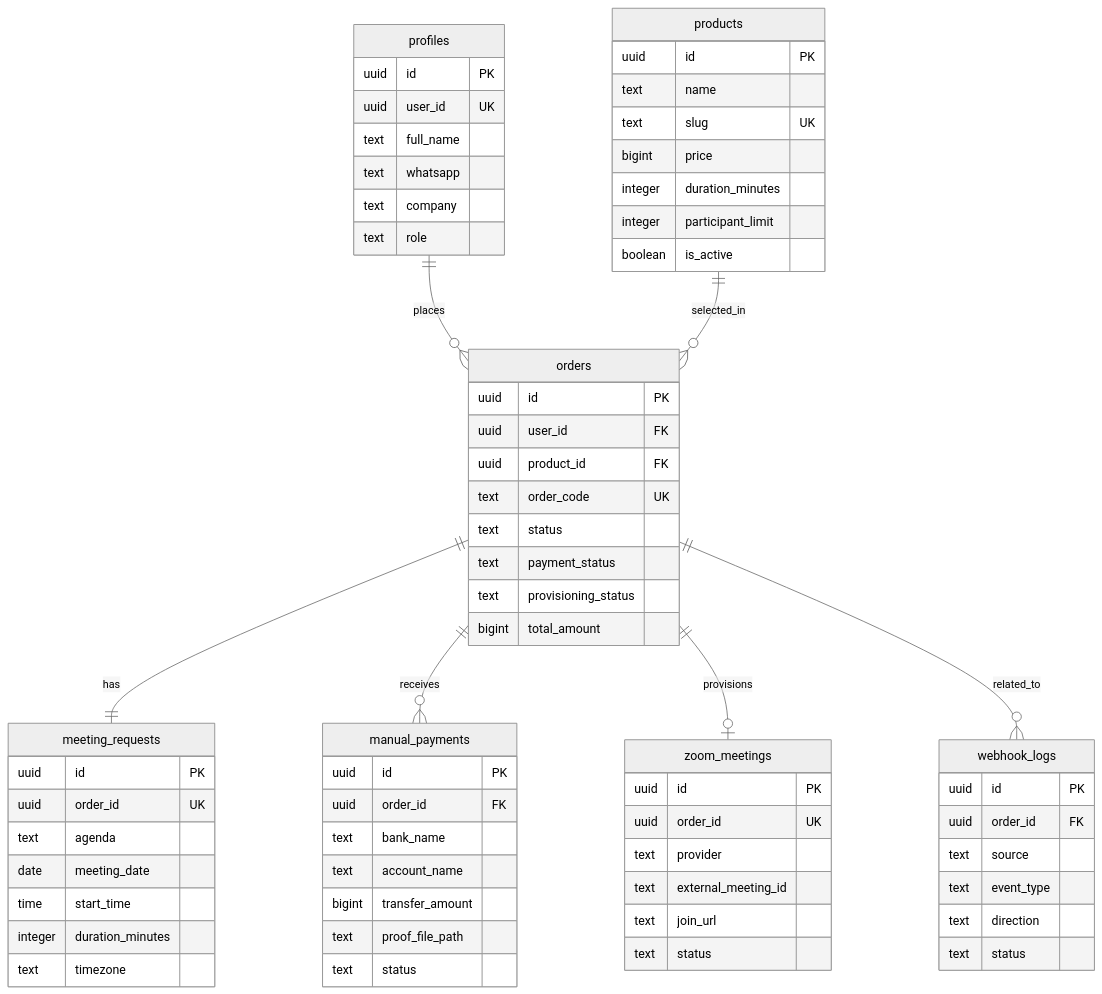
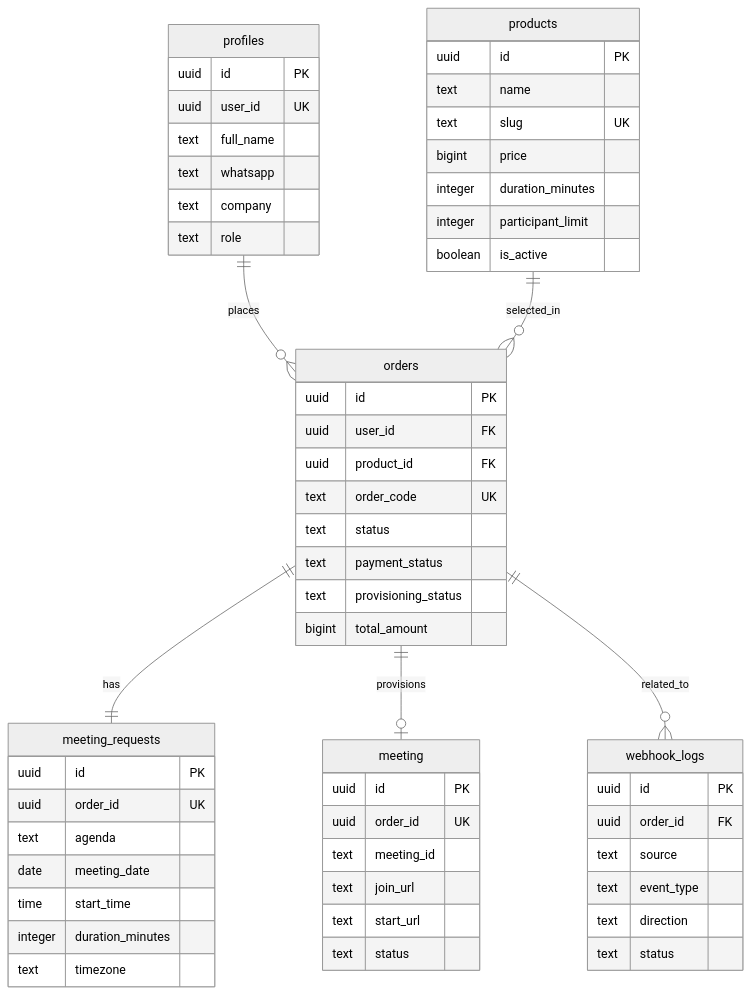
The diagram in docs/erd.md (synthomproj/harian-store), drawn with Mermaid (neutral theme) before and after one commit. The commit also changed other lines of this file and 11 other files, not shown here.

Commit message:
align docs and admin UI with paydia flow

````diff
--- a/docs/erd.md
+++ b/docs/erd.md
@@ -67,77 +60,66 @@
 ```mermaid
 erDiagram
   profiles ||--o{ orders : places
   products ||--o{ orders : selected_in
   orders ||--|| meeting_requests : has
-  orders ||--o{ manual_payments : receives
-  orders ||--o| zoom_meetings : provisions
+  orders ||--o| meeting : provisions
   orders ||--o{ webhook_logs : related_to
 
   profiles {
     uuid id PK
     uuid user_id UK
     text full_name
     text whatsapp
     text company
     text role
   }
 
   products {
     uuid id PK
     text name
     text slug UK
     bigint price
     integer duration_minutes
     integer participant_limit
     boolean is_active
   }
 
   orders {
     uuid id PK
     uuid user_id FK
     uuid product_id FK
     text order_code UK
     text status
     text payment_status
     text provisioning_status
     bigint total_amount
   }
 
   meeting_requests {
     uuid id PK
     uuid order_id UK
     text agenda
     date meeting_date
     time start_time
     integer duration_minutes
     text timezone
   }
 
-  manual_payments {
-    uuid id PK
-    uuid order_id FK
-    text bank_name
-    text account_name
-    bigint transfer_amount
-    text proof_file_path
-    text status
-  }
-
-  zoom_meetings {
+  meeting {
     uuid id PK
     uuid order_id UK
-    text provider
-    text external_meeting_id
+    text meeting_id
     text join_url
+    text start_url
     text status
   }
 
   webhook_logs {
     uuid id PK
     uuid order_id FK
     text source
     text event_type
     text direction
     text status
   }
 ```
````
